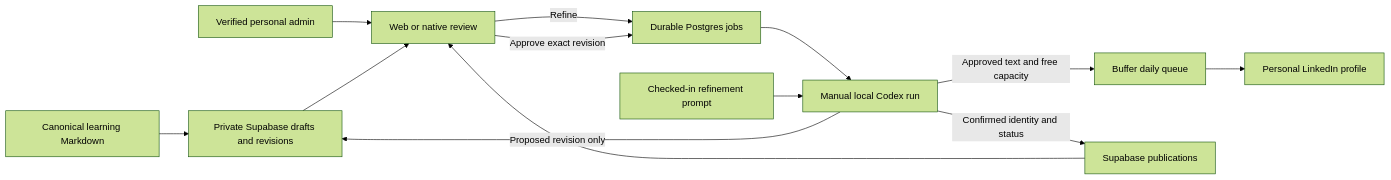
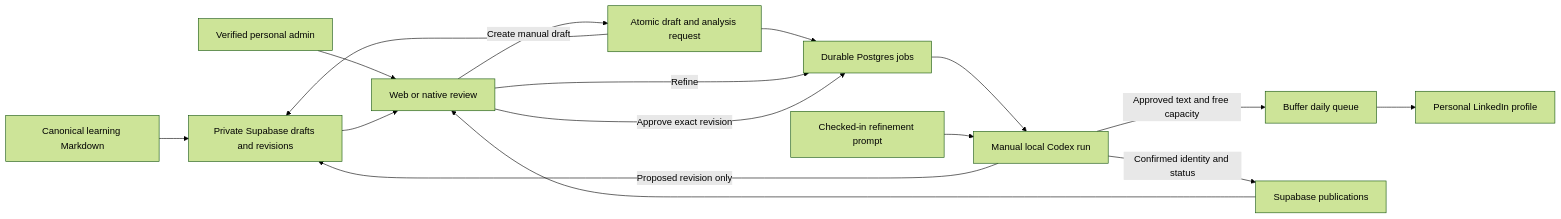
The third of 3 diagrams in docs/engineering-overview.md (dano-gutierrez/codematica), drawn with Mermaid (forest theme) before and after one commit. The commit also changed other lines of this file and 36 other files, not shown here.

Commit message:
feat: create manual LinkedIn drafts with analysis and text formatting

````diff
--- a/docs/engineering-overview.md
+++ b/docs/engineering-overview.md
@@ -212,15 +212,18 @@
 ```mermaid
 flowchart LR
   Sources[Canonical learning Markdown] --> Drafts[Private Supabase drafts and revisions]
   Human[Verified personal admin] --> Review[Web or native review]
-  Review -->|Refine| Jobs[Durable Postgres jobs]
+  Review -->|Create manual draft| Create[Atomic draft and analysis request]
+  Create --> Drafts
+  Create --> Jobs[Durable Postgres jobs]
+  Review -->|Refine| Jobs
   Review -->|Approve exact revision| Jobs
   Jobs --> Worker[Manual local Codex run]
   Prompt[Checked-in refinement prompt] --> Worker
   Worker -->|Proposed revision only| Drafts
   Worker -->|Approved text and free capacity| Buffer[Buffer daily queue]
   Buffer --> LinkedIn[Personal LinkedIn profile]
   Worker -->|Confirmed identity and status| Publications[Supabase publications]
   Drafts --> Review
   Publications --> Review
 ```
````
